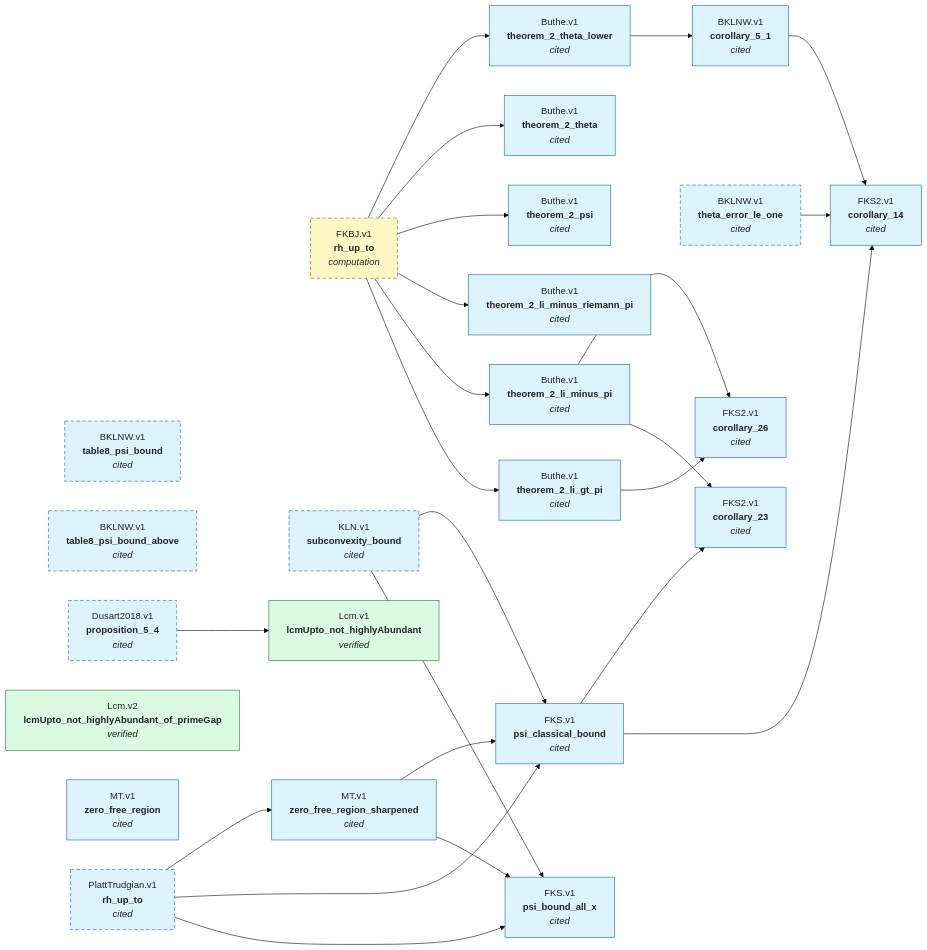
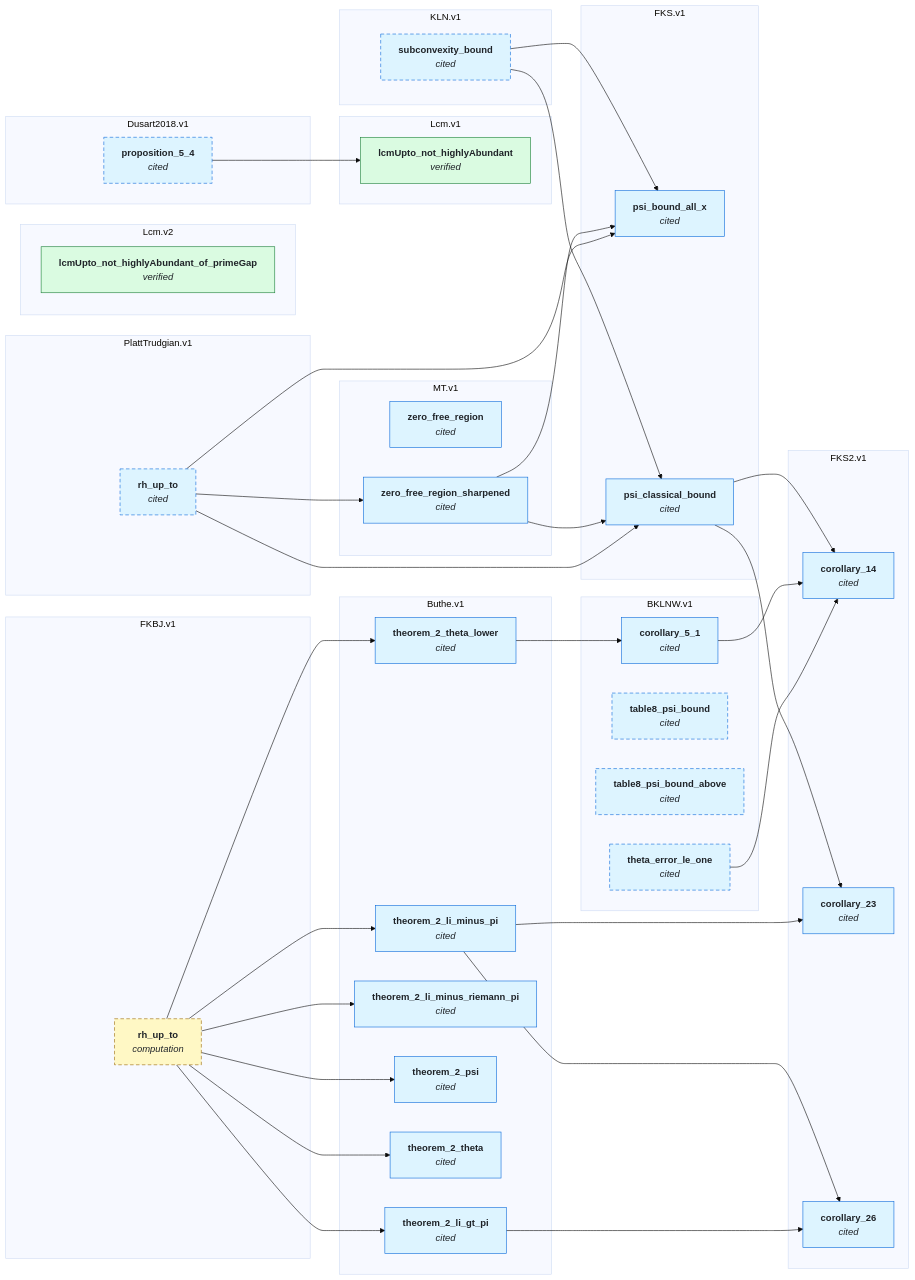
One commit to teorth/IEANTN changed the second of 2 diagrams in GRAPH.md. Above: the diagram before and after it, drawn with Mermaid (base theme). The commit also changed other lines of this file and 2 other files, not shown here.

Commit message:
graph: add a collapsed node-level view above the per-claim one
The per-conclusion picture is the true one, but it grows with the number
of claims and had already stopped being legible at seventeen nodes. The
new overview grows with the number of papers instead -- fourteen boxes
and ten arrows for the current network -- which is a scale a reader can
hold in their head.

A node is coloured by its weakest conclusion rather than its best, since
that is what someone importing the whole node is actually relying on, and
dashed if any of its claims has not been traced to its sources. Arrows
carry the number of separate claims crossing them, so collapsing loses
the identity of an edge but not its weight.

The detailed graph is kept, now grouped into a subgraph per node, and the
page says plainly which of the two to believe when they disagree.

````diff
--- a/GRAPH.md
+++ b/GRAPH.md
@@ -18,28 +73,50 @@
 ```mermaid
 graph LR
-  BKLNW_v1_corollary_5_1["BKLNW.v1<br/><b>corollary_5_1</b><br/><i>cited</i>"]
-  BKLNW_v1_table8_psi_bound["BKLNW.v1<br/><b>table8_psi_bound</b><br/><i>cited</i>"]
-  BKLNW_v1_table8_psi_bound_above["BKLNW.v1<br/><b>table8_psi_bound_above</b><br/><i>cited</i>"]
-  BKLNW_v1_theta_error_le_one["BKLNW.v1<br/><b>theta_error_le_one</b><br/><i>cited</i>"]
-  Buthe_v1_theorem_2_li_gt_pi["Buthe.v1<br/><b>theorem_2_li_gt_pi</b><br/><i>cited</i>"]
-  Buthe_v1_theorem_2_li_minus_pi["Buthe.v1<br/><b>theorem_2_li_minus_pi</b><br/><i>cited</i>"]
-  Buthe_v1_theorem_2_li_minus_riemann_pi["Buthe.v1<br/><b>theorem_2_li_minus_riemann_pi</b><br/><i>cited</i>"]
-  Buthe_v1_theorem_2_psi["Buthe.v1<br/><b>theorem_2_psi</b><br/><i>cited</i>"]
-  Buthe_v1_theorem_2_theta["Buthe.v1<br/><b>theorem_2_theta</b><br/><i>cited</i>"]
-  Buthe_v1_theorem_2_theta_lower["Buthe.v1<br/><b>theorem_2_theta_lower</b><br/><i>cited</i>"]
-  Dusart2018_v1_proposition_5_4["Dusart2018.v1<br/><b>proposition_5_4</b><br/><i>cited</i>"]
-  FKBJ_v1_rh_up_to["FKBJ.v1<br/><b>rh_up_to</b><br/><i>computation</i>"]
-  FKS_v1_psi_bound_all_x["FKS.v1<br/><b>psi_bound_all_x</b><br/><i>cited</i>"]
-  FKS_v1_psi_classical_bound["FKS.v1<br/><b>psi_classical_bound</b><br/><i>cited</i>"]
-  FKS2_v1_corollary_14["FKS2.v1<br/><b>corollary_14</b><br/><i>cited</i>"]
-  FKS2_v1_corollary_23["FKS2.v1<br/><b>corollary_23</b><br/><i>cited</i>"]
-  FKS2_v1_corollary_26["FKS2.v1<br/><b>corollary_26</b><br/><i>cited</i>"]
-  KLN_v1_subconvexity_bound["KLN.v1<br/><b>subconvexity_bound</b><br/><i>cited</i>"]
-  Lcm_v1_lcmUpto_not_highlyAbundant["Lcm.v1<br/><b>lcmUpto_not_highlyAbundant</b><br/><i>verified</i>"]
-  Lcm_v2_lcmUpto_not_highlyAbundant_of_primeGap["Lcm.v2<br/><b>lcmUpto_not_highlyAbundant_of_primeGap</b><br/><i>verified</i>"]
-  MT_v1_zero_free_region["MT.v1<br/><b>zero_free_region</b><br/><i>cited</i>"]
-  MT_v1_zero_free_region_sharpened["MT.v1<br/><b>zero_free_region_sharpened</b><br/><i>cited</i>"]
-  PlattTrudgian_v1_rh_up_to["PlattTrudgian.v1<br/><b>rh_up_to</b><br/><i>cited</i>"]
+  subgraph sgBKLNW_v1["BKLNW.v1"]
+    BKLNW_v1_corollary_5_1["<b>corollary_5_1</b><br/><i>cited</i>"]
+    BKLNW_v1_table8_psi_bound["<b>table8_psi_bound</b><br/><i>cited</i>"]
+    BKLNW_v1_table8_psi_bound_above["<b>table8_psi_bound_above</b><br/><i>cited</i>"]
+    BKLNW_v1_theta_error_le_one["<b>theta_error_le_one</b><br/><i>cited</i>"]
+  end
+  subgraph sgButhe_v1["Buthe.v1"]
+    Buthe_v1_theorem_2_li_gt_pi["<b>theorem_2_li_gt_pi</b><br/><i>cited</i>"]
+    Buthe_v1_theorem_2_li_minus_pi["<b>theorem_2_li_minus_pi</b><br/><i>cited</i>"]
+    Buthe_v1_theorem_2_li_minus_riemann_pi["<b>theorem_2_li_minus_riemann_pi</b><br/><i>cited</i>"]
+    Buthe_v1_theorem_2_psi["<b>theorem_2_psi</b><br/><i>cited</i>"]
+    Buthe_v1_theorem_2_theta["<b>theorem_2_theta</b><br/><i>cited</i>"]
+    Buthe_v1_theorem_2_theta_lower["<b>theorem_2_theta_lower</b><br/><i>cited</i>"]
+  end
+  subgraph sgDusart2018_v1["Dusart2018.v1"]
+    Dusart2018_v1_proposition_5_4["<b>proposition_5_4</b><br/><i>cited</i>"]
+  end
+  subgraph sgFKBJ_v1["FKBJ.v1"]
+    FKBJ_v1_rh_up_to["<b>rh_up_to</b><br/><i>computation</i>"]
+  end
+  subgraph sgFKS_v1["FKS.v1"]
+    FKS_v1_psi_bound_all_x["<b>psi_bound_all_x</b><br/><i>cited</i>"]
+    FKS_v1_psi_classical_bound["<b>psi_classical_bound</b><br/><i>cited</i>"]
+  end
+  subgraph sgFKS2_v1["FKS2.v1"]
+    FKS2_v1_corollary_14["<b>corollary_14</b><br/><i>cited</i>"]
+    FKS2_v1_corollary_23["<b>corollary_23</b><br/><i>cited</i>"]
+    FKS2_v1_corollary_26["<b>corollary_26</b><br/><i>cited</i>"]
+  end
+  subgraph sgKLN_v1["KLN.v1"]
+    KLN_v1_subconvexity_bound["<b>subconvexity_bound</b><br/><i>cited</i>"]
+  end
+  subgraph sgLcm_v1["Lcm.v1"]
+    Lcm_v1_lcmUpto_not_highlyAbundant["<b>lcmUpto_not_highlyAbundant</b><br/><i>verified</i>"]
+  end
+  subgraph sgLcm_v2["Lcm.v2"]
+    Lcm_v2_lcmUpto_not_highlyAbundant_of_primeGap["<b>lcmUpto_not_highlyAbundant_of_primeGap</b><br/><i>verified</i>"]
+  end
+  subgraph sgMT_v1["MT.v1"]
+    MT_v1_zero_free_region["<b>zero_free_region</b><br/><i>cited</i>"]
+    MT_v1_zero_free_region_sharpened["<b>zero_free_region_sharpened</b><br/><i>cited</i>"]
+  end
+  subgraph sgPlattTrudgian_v1["PlattTrudgian.v1"]
+    PlattTrudgian_v1_rh_up_to["<b>rh_up_to</b><br/><i>cited</i>"]
+  end
   Buthe_v1_theorem_2_theta_lower --> BKLNW_v1_corollary_5_1
   FKBJ_v1_rh_up_to --> Buthe_v1_theorem_2_li_gt_pi
   FKBJ_v1_rh_up_to --> Buthe_v1_theorem_2_li_minus_pi
@@ -70,8 +147,11 @@
   style KLN_v1_subconvexity_bound stroke-dasharray: 6 4;
   style PlattTrudgian_v1_rh_up_to stroke-dasharray: 6 4;
   classDef lean_comparator fill:#dafbe1,stroke:#1a7f37,color:#1f2328;
+  classDef numerical fill:#fff8c5,stroke:#9a6700,color:#1f2328;
   classDef literature fill:#ddf4ff,stroke:#0969da,color:#1f2328;
-  classDef numerical fill:#fff8c5,stroke:#9a6700,color:#1f2328;
+  classDef asserted fill:#fff1e5,stroke:#bc4c00,color:#1f2328;
+  classDef bridged fill:#fbefff,stroke:#8250df,color:#1f2328;
+  classDef none_yet fill:#ffebe9,stroke:#cf222e,color:#1f2328;
   class Lcm_v1_lcmUpto_not_highlyAbundant,Lcm_v2_lcmUpto_not_highlyAbundant_of_primeGap lean_comparator;
   class BKLNW_v1_corollary_5_1,BKLNW_v1_table8_psi_bound,BKLNW_v1_table8_psi_bound_above,BKLNW_v1_theta_error_le_one,Buthe_v1_theorem_2_li_gt_pi,Buthe_v1_theorem_2_li_minus_pi,Buthe_v1_theorem_2_li_minus_riemann_pi,Buthe_v1_theorem_2_psi,Buthe_v1_theorem_2_theta,Buthe_v1_theorem_2_theta_lower,Dusart2018_v1_proposition_5_4,FKS_v1_psi_bound_all_x,FKS_v1_psi_classical_bound,FKS2_v1_corollary_14,FKS2_v1_corollary_23,FKS2_v1_corollary_26,KLN_v1_subconvexity_bound,MT_v1_zero_free_region,MT_v1_zero_free_region_sharpened,PlattTrudgian_v1_rh_up_to literature;
   class FKBJ_v1_rh_up_to numerical;
````
